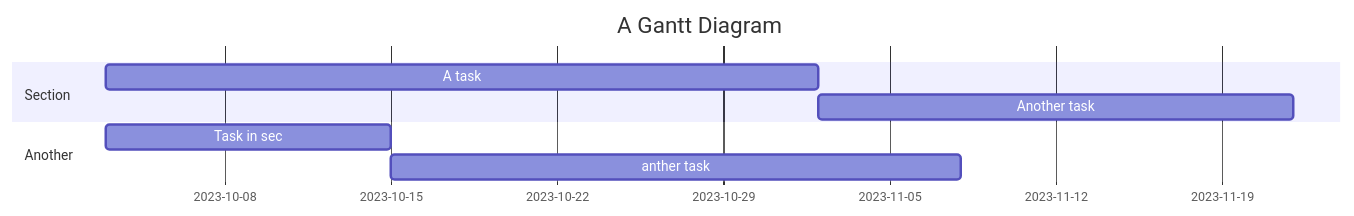
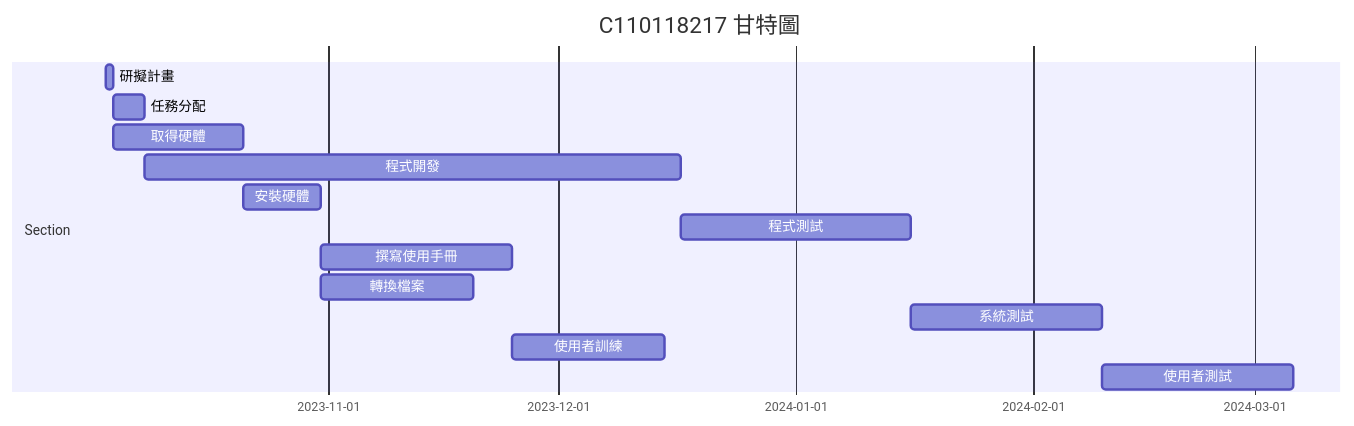
Before and after one commit to nihaodo/C110118217: the diagram in hw2.md, drawn with Mermaid. The commit also changed other lines of this file, not shown here.

````diff
--- a/hw2.md
+++ b/hw2.md
@@ -4,11 +4,17 @@
 ```mermaid
 gantt
-    title A Gantt Diagram
+    title C110118217 甘特圖
 
     section Section
-    A task           :a1, 2023-10-03, 30d
-    Another task     :after a1  , 20d
-    section Another
-    Task in sec      :2023-10-03  , 12d
-    anther task      : 24d
+    研擬計畫     :a1, 2023-10-03, 1d
+    任務分配     :a2,after a1  , 4d
+    取得硬體  	:a3,after a1  , 17d
+    程式開發   	:a4,after a2, 70d
+    安裝硬體	:a5,after a3,10d
+    程式測試	:a6,after a4,30d
+    撰寫使用手冊	:a7,after a5,25d
+    轉換檔案	:a8,after a5,20d
+    系統測試	:a9,after a6,25d
+    使用者訓練	:a10,after a7 & a8,20d
+    使用者測試	:a11,after a9 & a10,25d    
 ```
````
